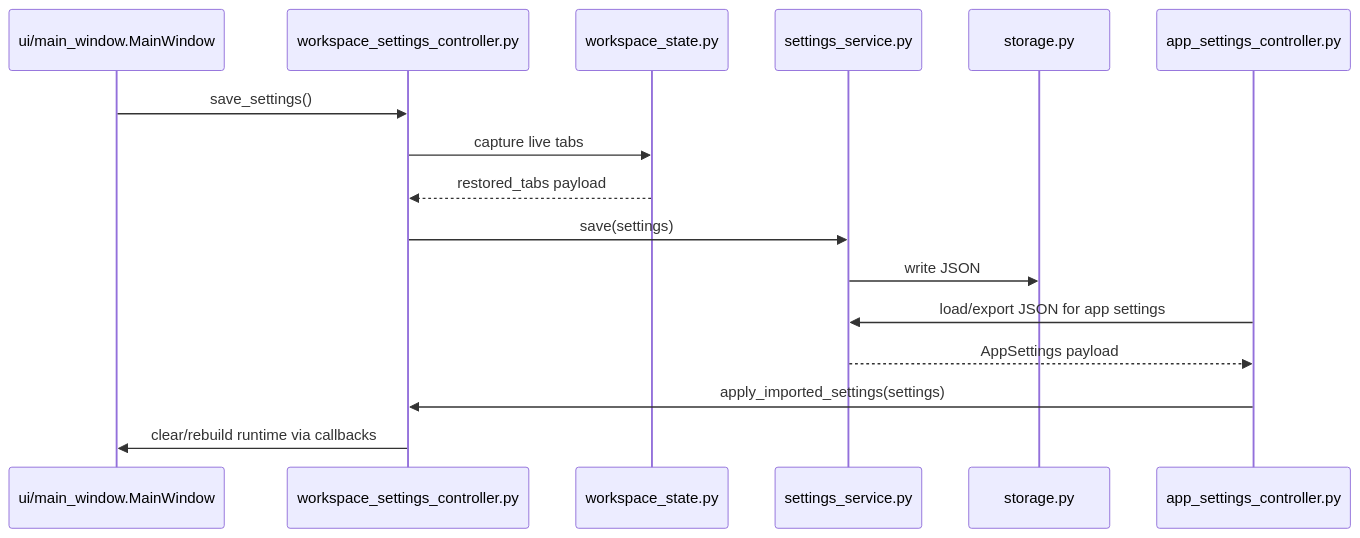
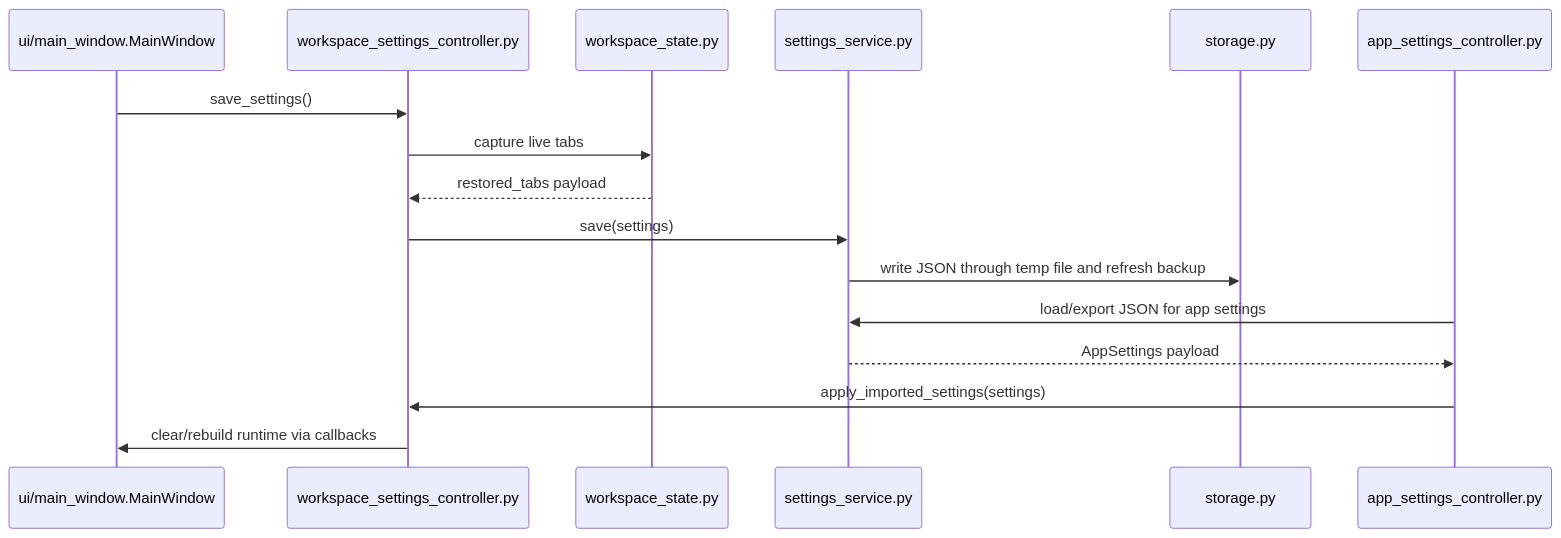
The ninth of 11 diagrams in docs/DESIGN.md (shuky-shukrun/ComPort-Zone), drawn with Mermaid before and after one commit. The commit also changed other lines of this file and 7 other files, not shown here.

````diff
--- a/docs/DESIGN.md
+++ b/docs/DESIGN.md
@@ -349,20 +356,20 @@
 ```mermaid
 sequenceDiagram
     participant Main as ui/main_window.MainWindow
     participant WorkspaceCtl as workspace_settings_controller.py
     participant WorkspaceState as workspace_state.py
     participant SettingsSvc as settings_service.py
     participant Store as storage.py
     participant AppCtl as app_settings_controller.py
 
     Main->>WorkspaceCtl: save_settings()
     WorkspaceCtl->>WorkspaceState: capture live tabs
     WorkspaceState-->>WorkspaceCtl: restored_tabs payload
     WorkspaceCtl->>SettingsSvc: save(settings)
-    SettingsSvc->>Store: write JSON
+    SettingsSvc->>Store: write JSON through temp file and refresh backup
 
     AppCtl->>SettingsSvc: load/export JSON for app settings
     SettingsSvc-->>AppCtl: AppSettings payload
     AppCtl->>WorkspaceCtl: apply_imported_settings(settings)
     WorkspaceCtl->>Main: clear/rebuild runtime via callbacks
 ```
````
